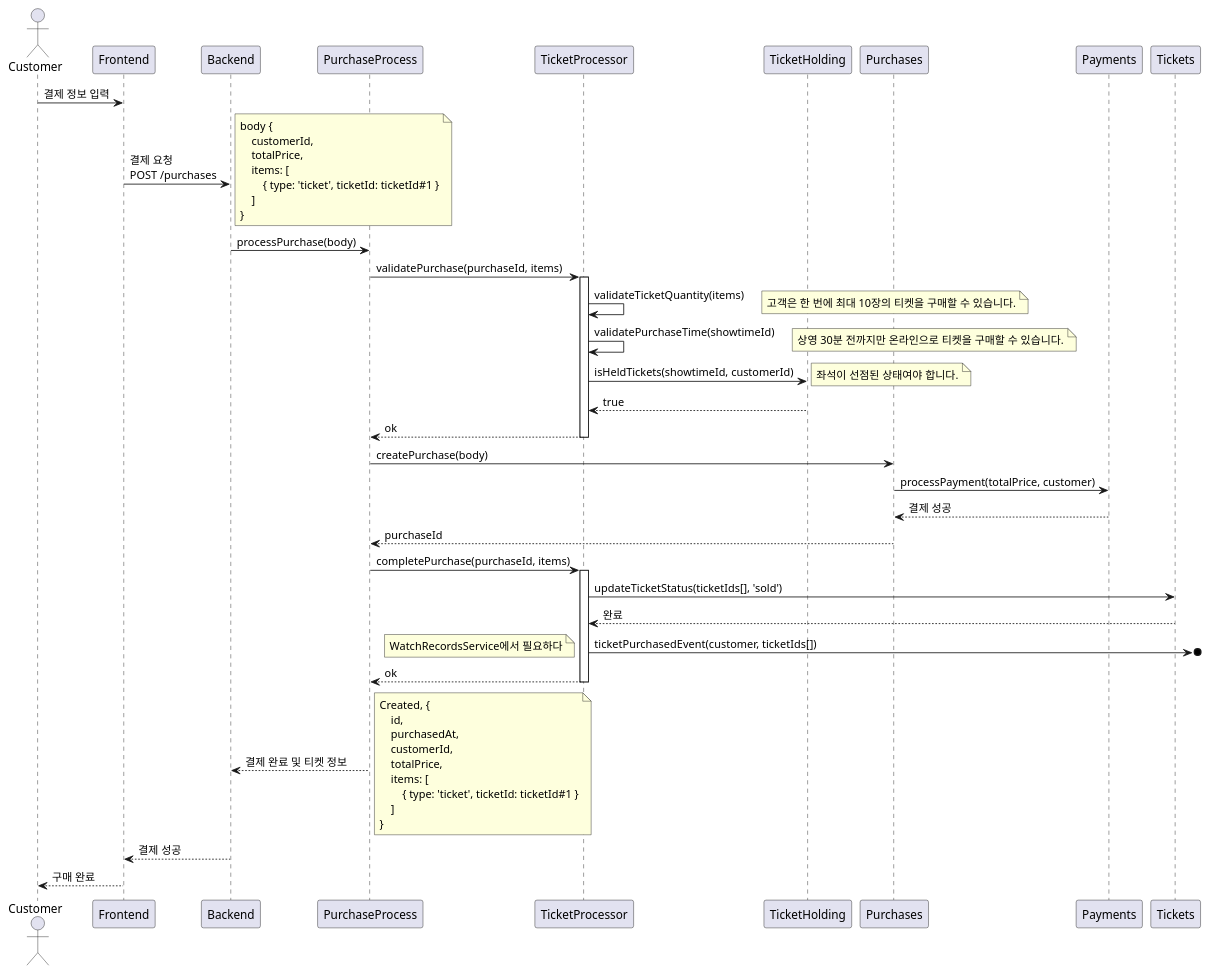
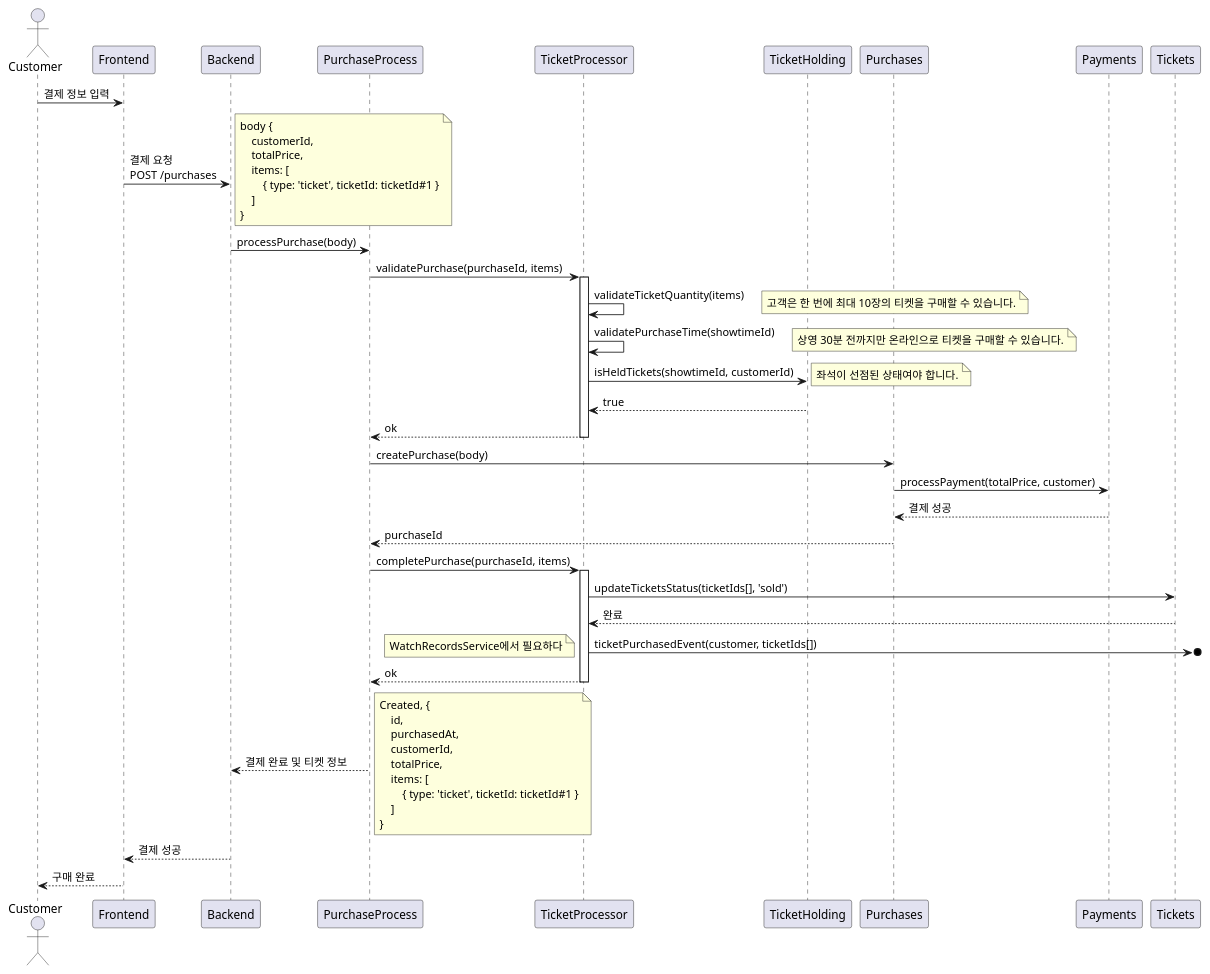
One commit to mannercode/nest-seed changed the fourth of 4 diagrams in docs/ko/designs/tickets-purchase.md. Above: the diagram before and after it, drawn with PlantUML. The commit also changed other lines of this file and 10 other files, not shown here.

Commit message:
refactor: rename updateTicketStatus to updateTicketsStatus for consistency

````diff
--- a/docs/ko/designs/tickets-purchase.md
+++ b/docs/ko/designs/tickets-purchase.md
@@ -257,58 +257,58 @@
 ```plantuml
 @startuml
 actor Customer
 
 Customer -> Frontend: 결제 정보 입력
     Frontend -> Backend: 결제 요청\nPOST /purchases
     note right
         body {
             customerId,
             totalPrice,
             items: [
                 { type: 'ticket', ticketId: ticketId#1 }
             ]
         }
     end note
         Backend -> PurchaseProcess: processPurchase(body)
             PurchaseProcess -> TicketProcessor: validatePurchase(purchaseId, items)
             activate TicketProcessor
                 TicketProcessor -> TicketProcessor: validateTicketQuantity(items)
                 note right: 고객은 한 번에 최대 10장의 티켓을 구매할 수 있습니다.
                 TicketProcessor -> TicketProcessor: validatePurchaseTime(showtimeId)
                 note right: 상영 30분 전까지만 온라인으로 티켓을 구매할 수 있습니다.
                 TicketProcessor -> TicketHolding: isHeldTickets(showtimeId, customerId)
                 note right: 좌석이 선점된 상태여야 합니다.
                 TicketProcessor <-- TicketHolding: true
                 return ok
             deactivate TicketProcessor
 
             PurchaseProcess -> Purchases: createPurchase(body)
             Purchases -> Payments: processPayment(totalPrice, customer)
             Purchases <-- Payments: 결제 성공
             PurchaseProcess <-- Purchases: purchaseId
 
             PurchaseProcess -> TicketProcessor: completePurchase(purchaseId, items)
             activate TicketProcessor
-                TicketProcessor -> Tickets: updateTicketStatus(ticketIds[], 'sold')
+                TicketProcessor -> Tickets: updateTicketsStatus(ticketIds[], 'sold')
                 TicketProcessor <-- Tickets: 완료
                 TicketProcessor ->o]: ticketPurchasedEvent(customer, ticketIds[])
                 note left: WatchRecordsService에서 필요하다
                 return ok
             deactivate TicketProcessor
 
         Backend <-- PurchaseProcess: 결제 완료 및 티켓 정보
         note right
             Created, {
                 id,
                 purchasedAt,
                 customerId,
                 totalPrice,
                 items: [
                     { type: 'ticket', ticketId: ticketId#1 }
                 ]
             }
         end note
     Frontend <-- Backend: 결제 성공
 Customer <-- Frontend: 구매 완료
 @enduml
 ```
````
